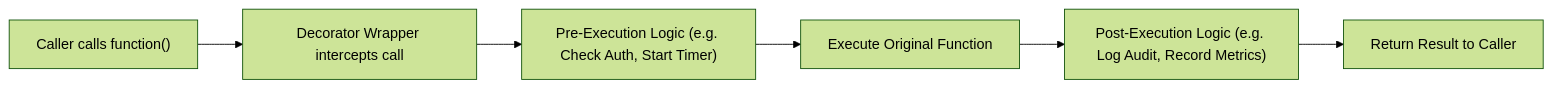
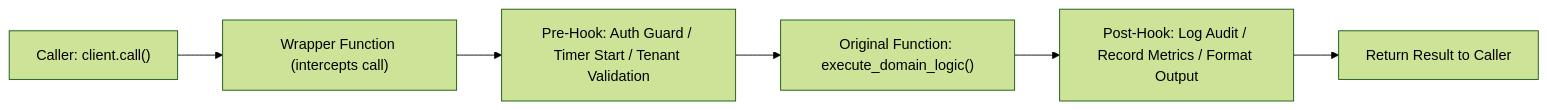
One commit to primecoderIN/learning-docs changed the first of 8 diagrams in Python_FastAPI_AI_Architect/09_Module_9_Decorators_and_Context_Managers.md. Above: the diagram before and after it, drawn with Mermaid (forest theme). The commit also changed other lines of this file and 21 other files, not shown here.

````diff
--- a/Python_FastAPI_AI_Architect/09_Module_9_Decorators_and_Context_Managers.md
+++ b/Python_FastAPI_AI_Architect/09_Module_9_Decorators_and_Context_Managers.md
@@ -125,8 +208,8 @@
 ```mermaid
 flowchart LR
-    Caller["Caller calls function()"] --> Decorator["Decorator Wrapper intercepts call"]
-    Decorator --> Pre["Pre-Execution Logic (e.g. Check Auth, Start Timer)"]
-    Pre --> Orig["Execute Original Function"]
-    Orig --> Post["Post-Execution Logic (e.g. Log Audit, Record Metrics)"]
+    Caller["Caller: client.call()"] --> Wrapper["Wrapper Function (intercepts call)"]
+    Wrapper --> Pre["Pre-Hook: Auth Guard / Timer Start / Tenant Validation"]
+    Pre --> Original["Original Function: execute_domain_logic()"]
+    Original --> Post["Post-Hook: Log Audit / Record Metrics / Format Output"]
     Post --> Return["Return Result to Caller"]
 ```
````
